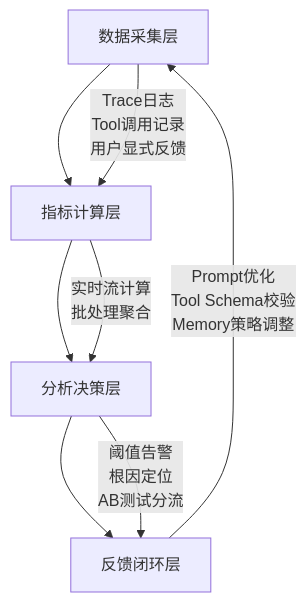
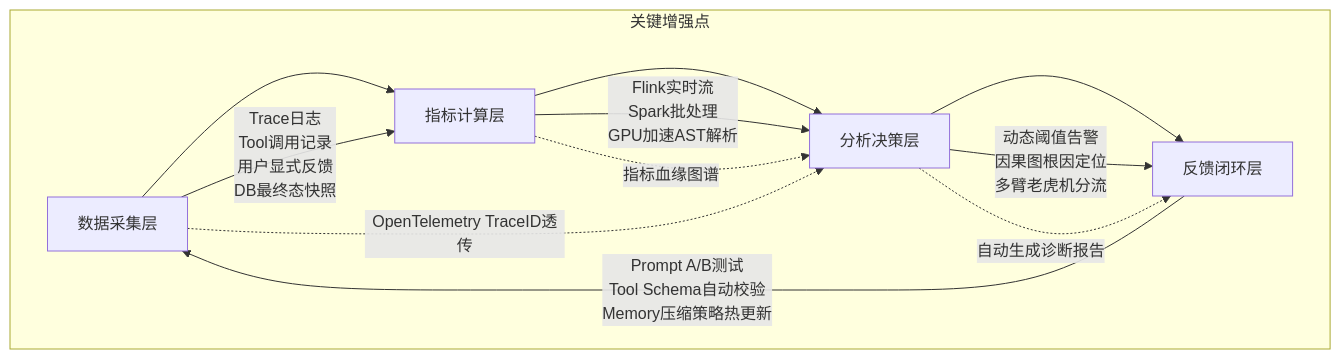
The diagram in 12-Agent评估与监控/评估维度与指标体系.md (liuwei1993/ai-llm-agent-knowledge), drawn with Mermaid before and after one commit. The commit also changed other lines of this file and 5 other files, not shown here.

````diff
--- a/12-Agent评估与监控/评估维度与指标体系.md
+++ b/12-Agent评估与监控/评估维度与指标体系.md
@@ -32,11 +44,17 @@
 ```mermaid
 graph TD
 A[数据采集层] --> B[指标计算层]
 B --> C[分析决策层]
 C --> D[反馈闭环层]
 
-A -->|Trace日志<br>Tool调用记录<br>用户显式反馈| B
-B -->|实时流计算<br>批处理聚合| C
-C -->|阈值告警<br>根因定位<br>AB测试分流| D
-D -->|Prompt优化<br>Tool Schema校验<br>Memory策略调整| A
+A -->|Trace日志<br>Tool调用记录<br>用户显式反馈<br>DB最终态快照| B
+B -->|Flink实时流<br>Spark批处理<br>GPU加速AST解析| C
+C -->|动态阈值告警<br>因果图根因定位<br>多臂老虎机分流| D
+D -->|Prompt A/B测试<br>Tool Schema自动校验<br>Memory压缩策略热更新| A
+
+subgraph 关键增强点
+A -.->|OpenTelemetry TraceID透传| C
+B -.->|指标血缘图谱| C
+C -.->|自动生成诊断报告| D
+end
 ```
````
